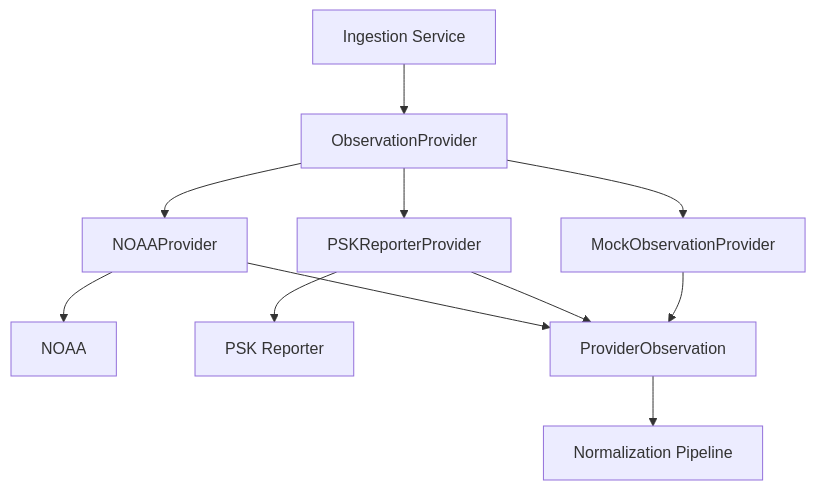
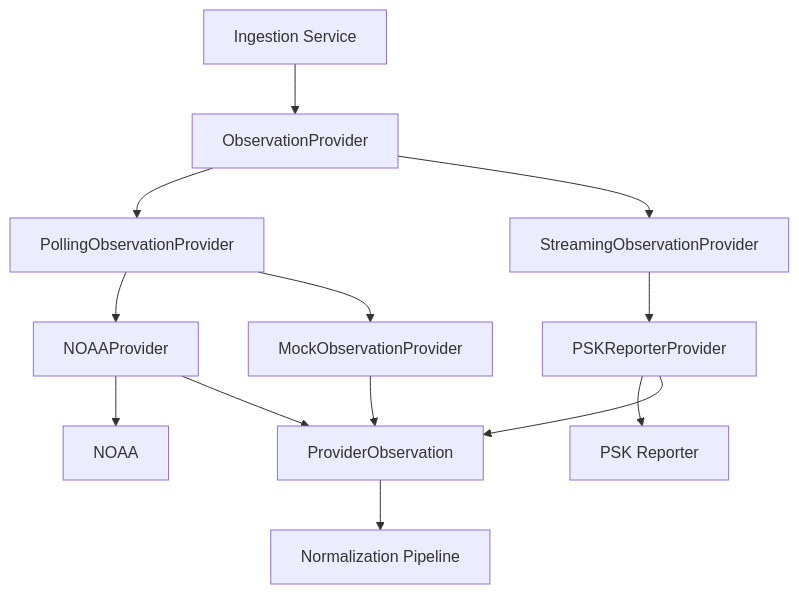
Before and after one commit to solaranoir/radio-atlas: the third of 6 diagrams in backend/docs/architecture/Provider_Contracts.md, drawn with Mermaid. The commit also changed other lines of this file and 24 other files, not shown here.

````diff
--- a/backend/docs/architecture/Provider_Contracts.md
+++ b/backend/docs/architecture/Provider_Contracts.md
@@ -201,17 +290,20 @@
 ```mermaid
 flowchart TD
     A[Ingestion Service] --> B[ObservationProvider]
 
-    B --> C[NOAAProvider]
-    B --> D[PSKReporterProvider]
-    B --> E[MockObservationProvider]
+    B --> C[PollingObservationProvider]
+    B --> D[StreamingObservationProvider]
 
-    C --> F[NOAA]
-    D --> G[PSK Reporter]
+    C --> E[NOAAProvider]
+    C --> F[MockObservationProvider]
+    D --> G[PSKReporterProvider]
 
-    C --> H[ProviderObservation]
-    D --> H
-    E --> H
+    E --> H[NOAA]
+    G --> I[PSK Reporter]
 
-    H --> I[Normalization Pipeline]
+    E --> J[ProviderObservation]
+    F --> J
+    G --> J
+
+    J --> K[Normalization Pipeline]
 ```
````
